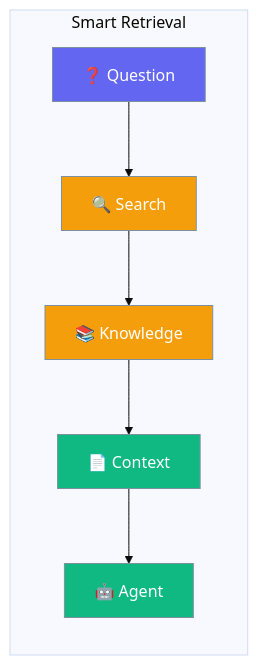
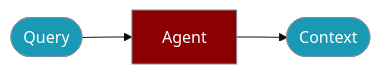
One commit to MervinPraison/PraisonAIDocs changed the first of 2 diagrams in docs/js/retrieval.mdx. Above: the diagram before and after it, drawn with Mermaid (base theme). The commit also changed 19 other files, not shown here.

````diff
--- a/docs/js/retrieval.mdx
+++ b/docs/js/retrieval.mdx
@@ -10,17 +10,11 @@
 ```mermaid
 graph LR
-    subgraph "Smart Retrieval"
-        A[❓ Question] --> B[🔍 Search]
-        B --> C[📚 Knowledge]
-        C --> D[📄 Context]
-        D --> E[🤖 Agent]
-    end
-    
-    classDef question fill:#6366F1,stroke:#7C90A0,color:#fff
-    classDef search fill:#F59E0B,stroke:#7C90A0,color:#fff
-    classDef result fill:#10B981,stroke:#7C90A0,color:#fff
-    
-    class A question
-    class B,C search
-    class D,E result
+    Query([Query]) --> Agent[Agent]
+    Agent --> Context([Context])
+
+    classDef agent fill:#8B0000,stroke:#7C90A0,color:#fff
+    classDef tool fill:#189AB4,stroke:#7C90A0,color:#fff
+
+    class Agent agent
+    class Query,Context tool
 ```
````
